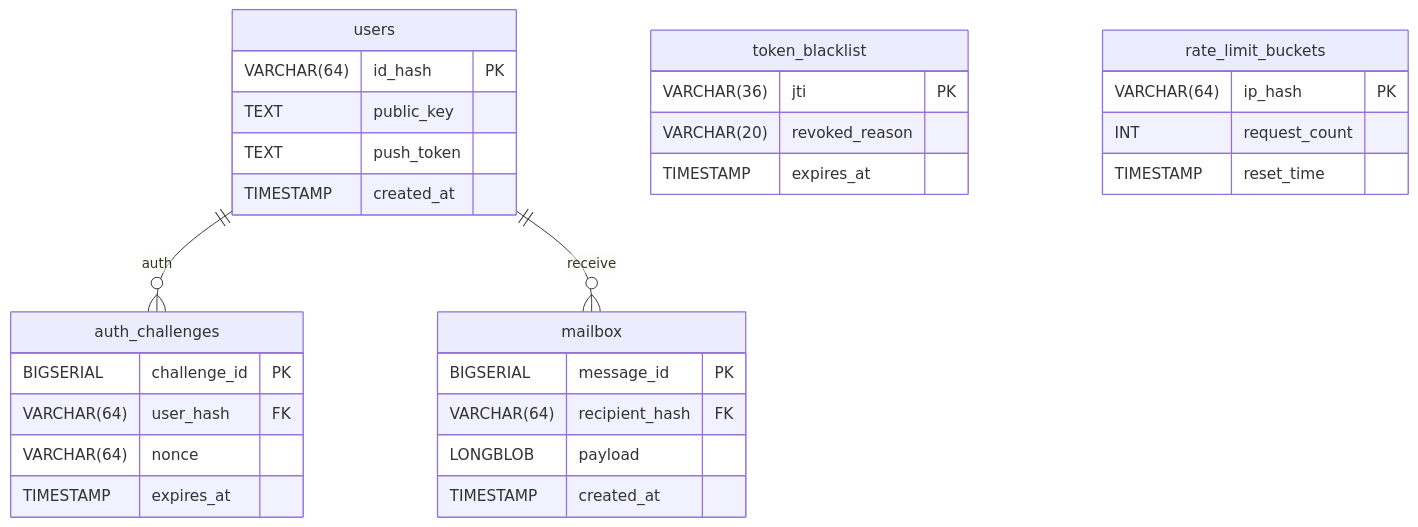
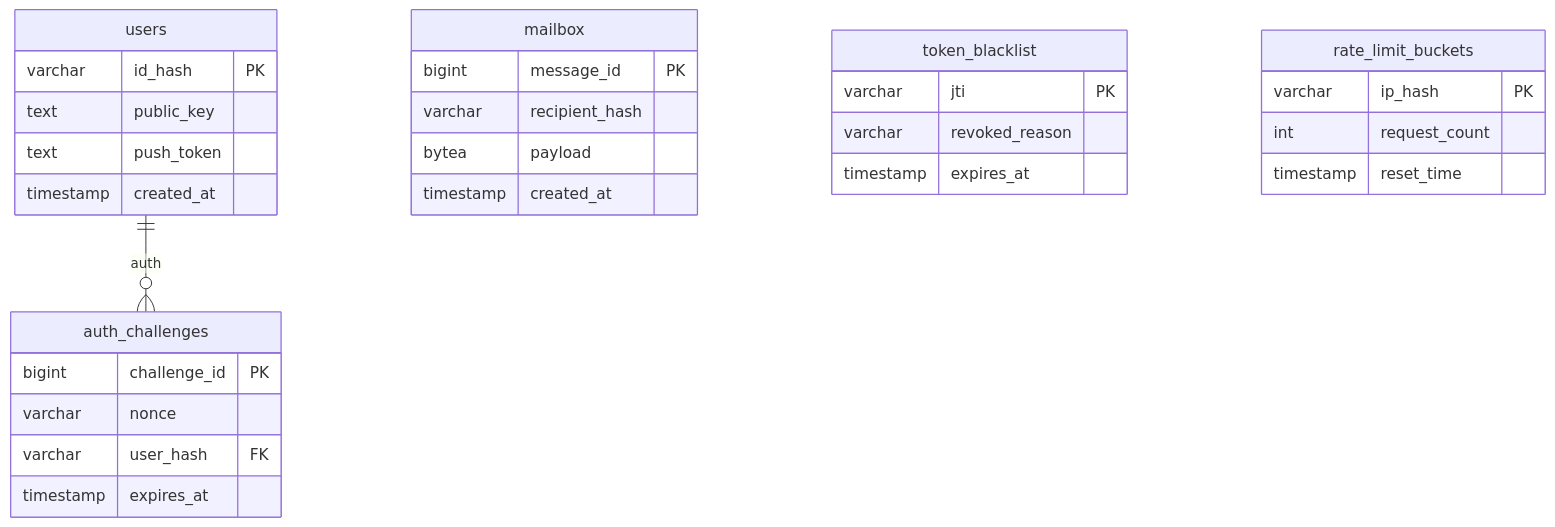
One commit to Hermnet/Hermnet changed the diagram in docs/technical/esquema_base_datos.md. Above: the diagram before and after it, drawn with Mermaid. The commit also changed other lines of this file and 24 other files, not shown here.

````diff
--- a/docs/technical/esquema_base_datos.md
+++ b/docs/technical/esquema_base_datos.md
@@ -23,38 +10,36 @@
 ```mermaid
 erDiagram
     users ||--o{ auth_challenges : "auth"
-    users ||--o{ mailbox : "receive"
-    
     users {
-        VARCHAR(64) id_hash PK
-        TEXT public_key 
-        TEXT push_token 
-        TIMESTAMP created_at
+        varchar id_hash PK
+        text public_key
+        text push_token
+        timestamp created_at
     }
-    
+
     auth_challenges {
-        BIGSERIAL challenge_id PK
-        VARCHAR(64) user_hash FK
-        VARCHAR(64) nonce 
-        TIMESTAMP expires_at
+        bigint challenge_id PK
+        varchar nonce
+        varchar user_hash FK
+        timestamp expires_at
     }
-    
+
     mailbox {
-        BIGSERIAL message_id PK
-        VARCHAR(64) recipient_hash FK
-        LONGBLOB payload 
-        TIMESTAMP created_at
+        bigint message_id PK
+        varchar recipient_hash
+        bytea payload
+        timestamp created_at
     }
 
     token_blacklist {
-        VARCHAR(36) jti PK
-        VARCHAR(20) revoked_reason
-        TIMESTAMP expires_at
+        varchar jti PK
+        varchar revoked_reason
+        timestamp expires_at
     }
 
     rate_limit_buckets {
-        VARCHAR(64) ip_hash PK 
-        INT request_count
-        TIMESTAMP reset_time
+        varchar ip_hash PK
+        int request_count
+        timestamp reset_time
     }
 ```
````
